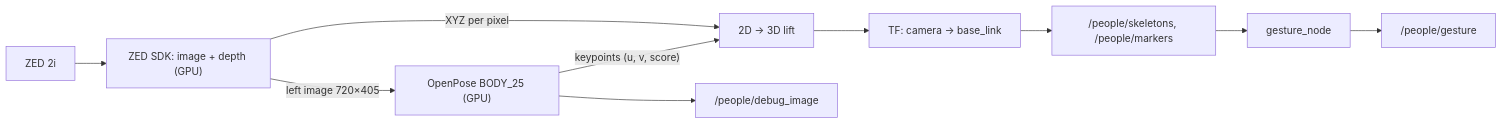
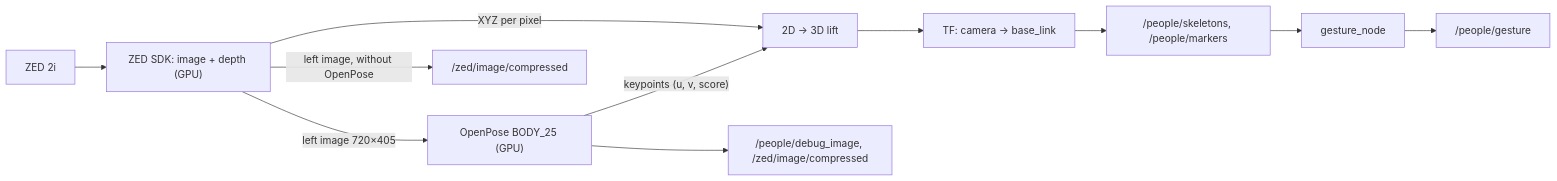
One commit to BILLEE-BroncoSTAR/billee-software-2027 changed the diagram in docs/people-pose.md. Above: the diagram before and after it, drawn with Mermaid. The commit also changed other lines of this file and 10 other files, not shown here.

````diff
--- a/docs/people-pose.md
+++ b/docs/people-pose.md
@@ -10,11 +10,12 @@
 ```mermaid
 flowchart LR
     A["ZED 2i"] --> B["ZED SDK: image + depth (GPU)"]
     B -- "left image 720×405" --> C["OpenPose BODY_25 (GPU)"]
     B -- "XYZ per pixel" --> D["2D → 3D lift"]
     C -- "keypoints (u, v, score)" --> D
     D --> E["TF: camera → base_link"]
     E --> F["/people/skeletons, /people/markers"]
-    C --> G["/people/debug_image"]
+    C --> G["/people/debug_image, /zed/image/compressed"]
+    B -- "left image, without OpenPose" --> V["/zed/image/compressed"]
     F --> H["gesture_node"] --> I["/people/gesture"]
 ```
````
